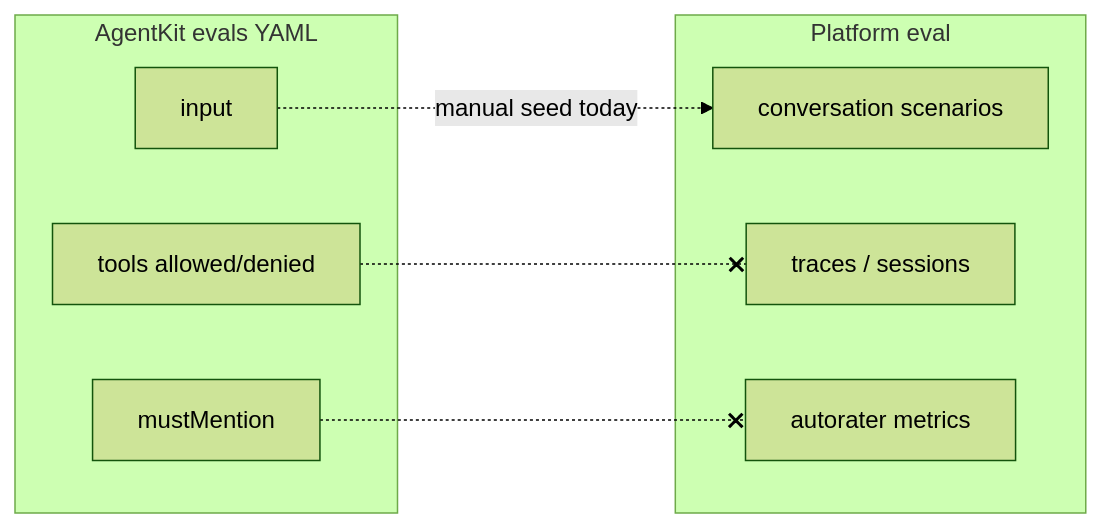
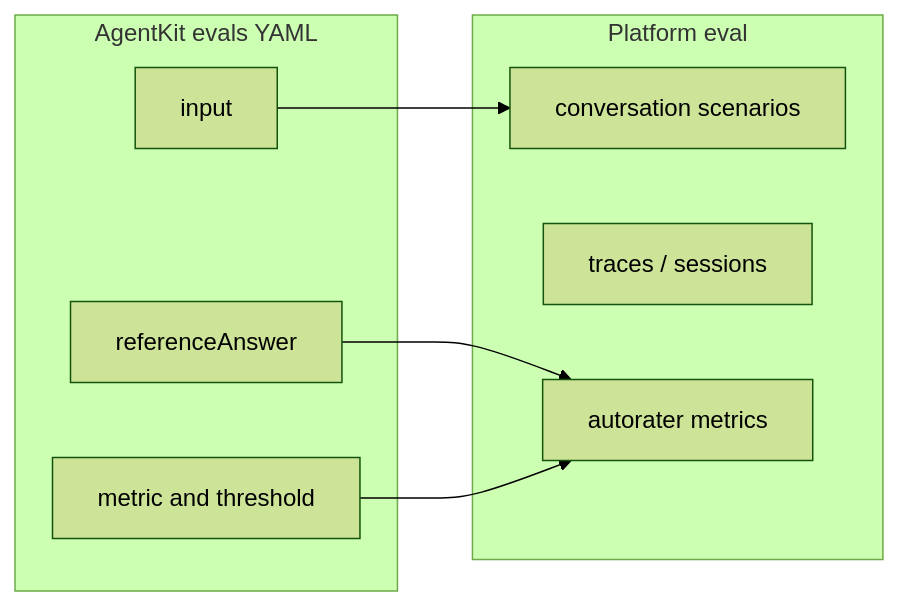
The third of 3 diagrams in docs/guides/13-agent-platform-evaluation.md (yu-iskw/antigravity-agentkit), drawn with Mermaid (forest theme) before and after one commit. The commit also changed other lines of this file and 22 other files, not shown here.

````diff
--- a/docs/guides/13-agent-platform-evaluation.md
+++ b/docs/guides/13-agent-platform-evaluation.md
@@ -117,18 +114,18 @@
 ```mermaid
 flowchart LR
     subgraph agentkitEval [AgentKit evals YAML]
         Input[input]
-        MustMention[mustMention]
-        Tools[tools allowed/denied]
+        Reference[referenceAnswer]
+        Metric[metric and threshold]
     end
 
     subgraph platformEval [Platform eval]
         Scenarios[conversation scenarios]
         Traces[traces / sessions]
         Metrics[autorater metrics]
     end
 
-    Input -.->|"manual seed today"| Scenarios
-    MustMention -.-x Metrics
-    Tools -.-x Traces
+    Input --> Scenarios
+    Reference --> Metrics
+    Metric --> Metrics
 ```
````
